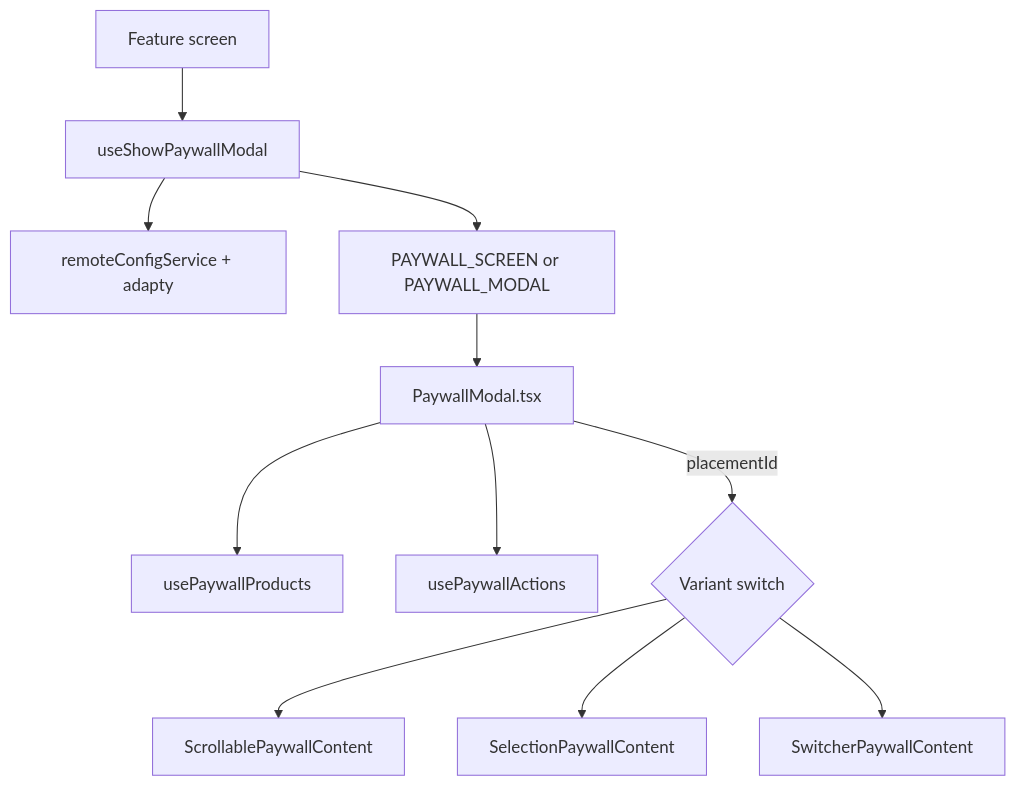
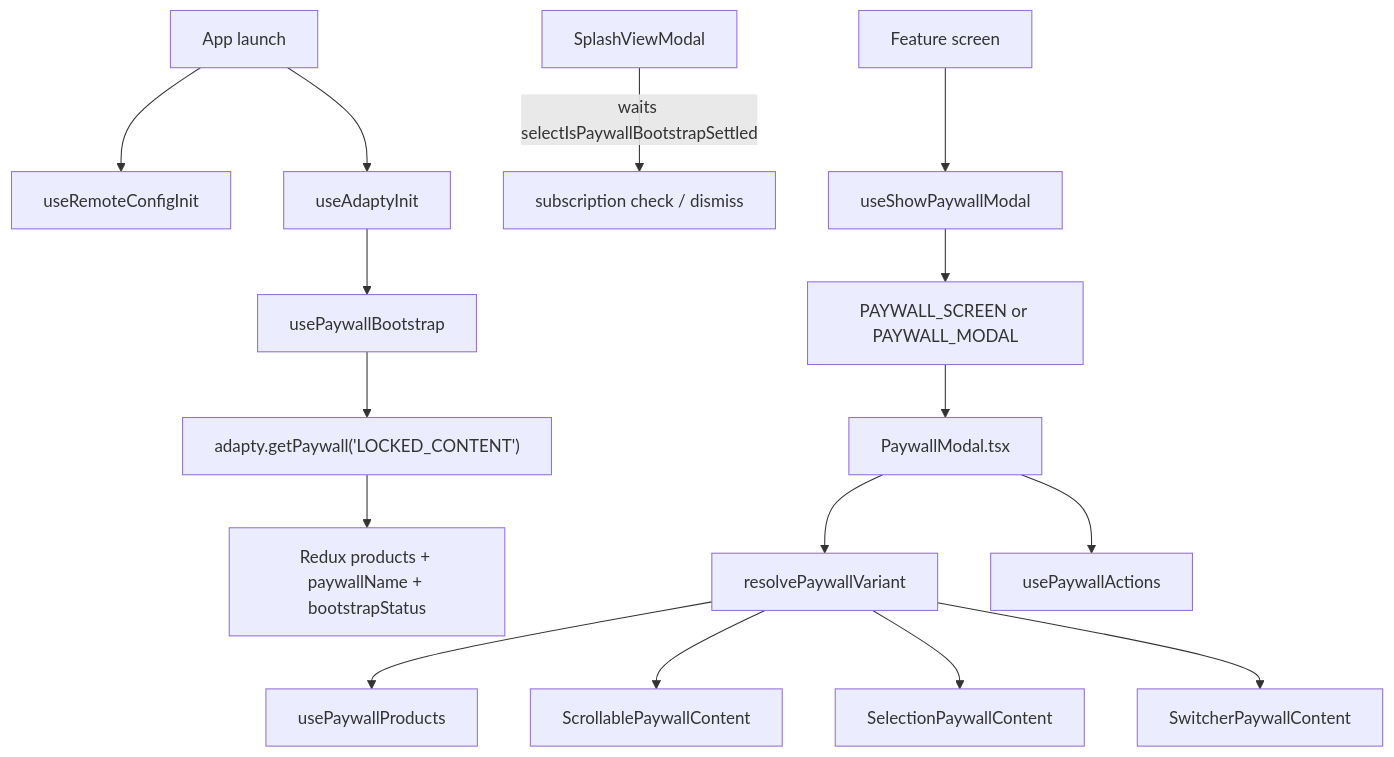
One commit to TuTejsy/Moonlit changed the diagram in .agents/skills/moonlit-paywall-screen/SKILL.md. Above: the diagram before and after it, drawn with Mermaid. The commit also changed other lines of this file and 35 other files, not shown here.

````diff
--- a/.agents/skills/moonlit-paywall-screen/SKILL.md
+++ b/.agents/skills/moonlit-paywall-screen/SKILL.md
@@ -25,13 +25,18 @@
 ```mermaid
 flowchart TD
+  AppLaunch[App launch] --> RemoteInit[useRemoteConfigInit]
+  AppLaunch --> AdaptyInit[useAdaptyInit]
+  AdaptyInit --> Bootstrap[usePaywallBootstrap]
+  Bootstrap --> AdaptyFetch["adapty.getPaywall('LOCKED_CONTENT')"]
+  AdaptyFetch --> Redux[Redux products + paywallName + bootstrapStatus]
+  Splash[SplashViewModal] -->|waits selectIsPaywallBootstrapSettled| Gate[subscription check / dismiss]
   Feature[Feature screen] --> ShowModal[useShowPaywallModal]
-  ShowModal --> RemoteConfig[remoteConfigService + adapty]
   ShowModal --> Nav[PAYWALL_SCREEN or PAYWALL_MODAL]
   Nav --> Shell[PaywallModal.tsx]
-  Shell --> Products[usePaywallProducts]
+  Shell --> Registry[resolvePaywallVariant]
+  Registry --> Products[usePaywallProducts]
   Shell --> Actions[usePaywallActions]
-  Shell -->|placementId| Variant{Variant switch}
-  Variant --> Scrollable[ScrollablePaywallContent]
-  Variant --> Selection[SelectionPaywallContent]
-  Variant --> Switcher[SwitcherPaywallContent]
+  Registry --> Scrollable[ScrollablePaywallContent]
+  Registry --> Selection[SelectionPaywallContent]
+  Registry --> Switcher[SwitcherPaywallContent]
 ```
````
